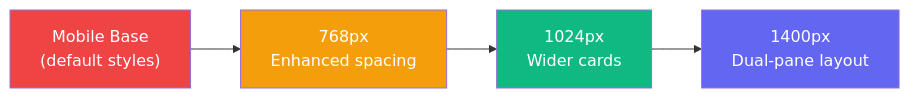
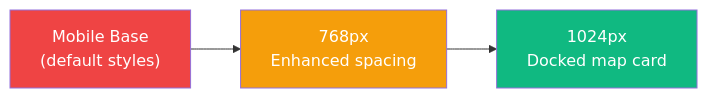
The eighth of 8 diagrams in docs/architecture.md (Johnesco/karaokedirectory), drawn with Mermaid before and after one commit. The commit also changed other lines of this file and 17 other files, not shown here.

First line of the commit message:
Remove the 1400px breakpoint and the desktop detail pane (#368)

````diff
--- a/docs/architecture.md
+++ b/docs/architecture.md
@@ -518,14 +496,12 @@
 ```mermaid
 graph LR
     MOBILE["Mobile Base<br/>(default styles)"]
     TABLET["768px<br/>Enhanced spacing"]
-    DESKTOP["1024px<br/>Wider cards"]
-    WIDE["1400px<br/>Dual-pane layout"]
+    DESKTOP["1024px<br/>Docked map card"]
 
-    MOBILE --> TABLET --> DESKTOP --> WIDE
+    MOBILE --> TABLET --> DESKTOP
 
     style MOBILE fill:#ef4444,color:#fff
     style TABLET fill:#f59e0b,color:#fff
     style DESKTOP fill:#10b981,color:#fff
-    style WIDE fill:#6366f1,color:#fff
 ```
````
